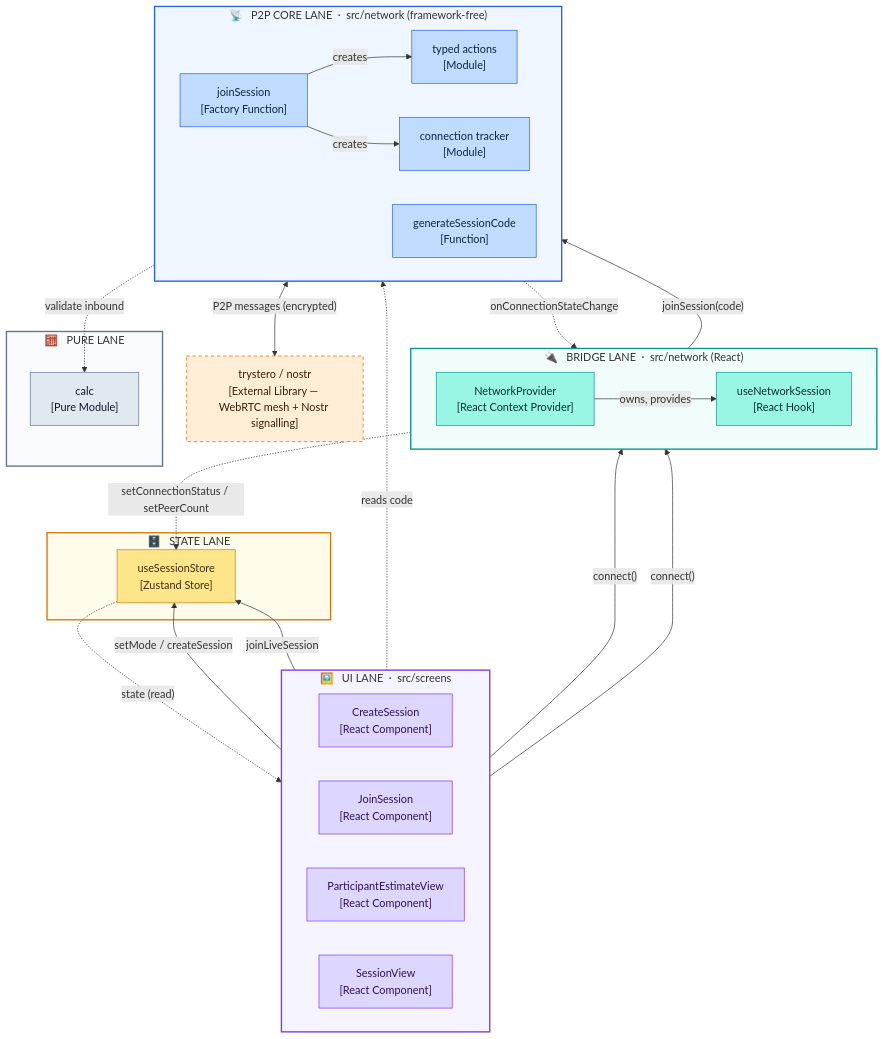
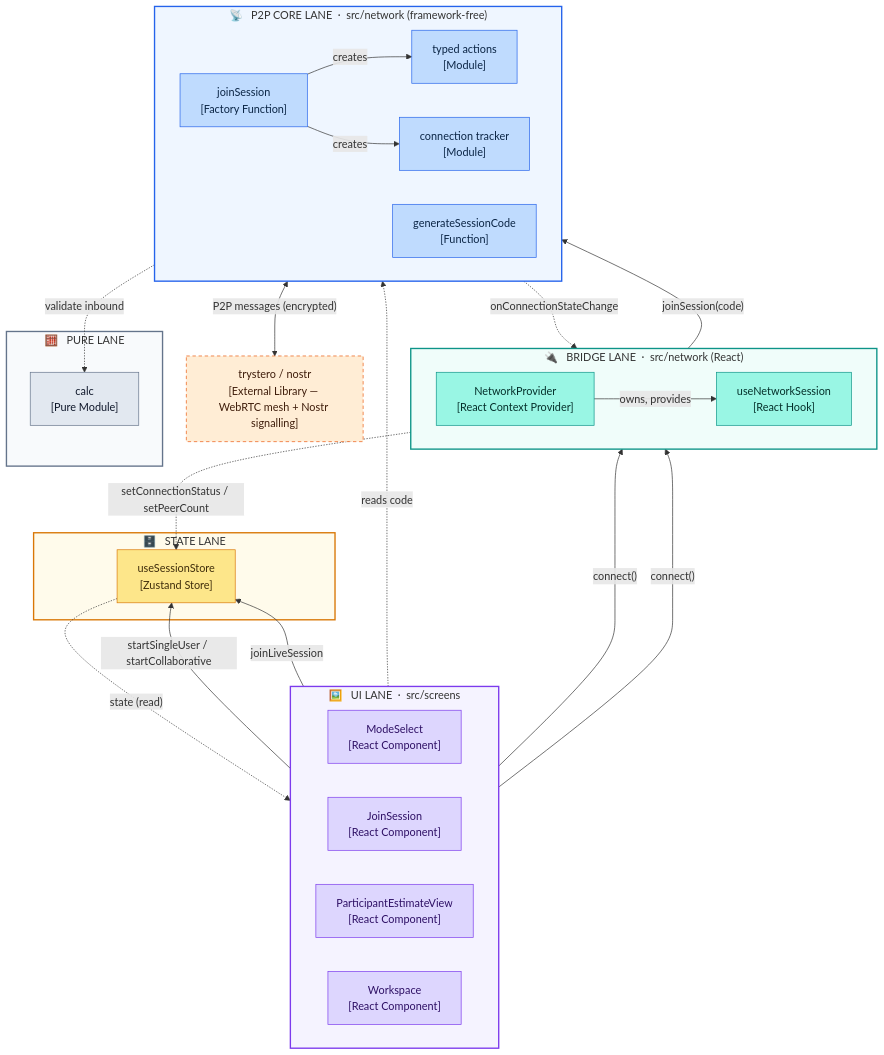
One commit to cfisch3r/estimate changed the first of 4 diagrams in docs/concepts/collaboration-mode.md. Above: the diagram before and after it, drawn with Mermaid. The commit also changed other lines of this file and 40 other files, not shown here.

First line of the commit message:
Screen review: mode-select entry + unified Workspace (#34) (#35)

````diff
--- a/docs/concepts/collaboration-mode.md
+++ b/docs/concepts/collaboration-mode.md
@@ -20,73 +21,73 @@
 ```mermaid
 flowchart TD
   subgraph screens["🖼️ &nbsp; UI LANE &nbsp;·&nbsp; src/screens"]
     direction LR
-    CS["CreateSession<br/>[React Component]"]
+    MS["ModeSelect<br/>[React Component]"]
     JS["JoinSession<br/>[React Component]"]
     PEV["ParticipantEstimateView<br/>[React Component]"]
-    SV["SessionView<br/>[React Component]"]
+    WS["Workspace<br/>[React Component]"]
   end
 
   subgraph statelane["🗄️ &nbsp; STATE LANE"]
     Store["useSessionStore<br/>[Zustand Store]"]
   end
 
   subgraph bridge["🔌 &nbsp; BRIDGE LANE &nbsp;·&nbsp; src/network (React)"]
     direction LR
     NP["NetworkProvider<br/>[React Context Provider]"]
     Hook["useNetworkSession<br/>[React Hook]"]
   end
 
   subgraph core["📡 &nbsp; P2P CORE LANE &nbsp;·&nbsp; src/network (framework-free)"]
     direction LR
     JSN["joinSession<br/>[Factory Function]"]
     Act["typed actions<br/>[Module]"]
     Conn["connection tracker<br/>[Module]"]
     Code["generateSessionCode<br/>[Function]"]
   end
 
   subgraph purelane["🧮 &nbsp; PURE LANE"]
     Calc["calc<br/>[Pure Module]"]
   end
 
   Trystero["trystero / nostr<br/>[External Library — WebRTC mesh + Nostr signalling]"]
 
   %% --- synchronous calls (solid) ---
-  CS -->|"setMode / createSession"| Store
+  MS -->|"startSingleUser / startCollaborative"| Store
   JS -->|"joinLiveSession"| Store
-  CS -->|"connect()"| Hook
+  MS -->|"connect()"| Hook
   JS -->|"connect()"| Hook
-  CS -.->|"reads code"| Code
+  MS -.->|"reads code"| Code
   NP -->|"owns, provides"| Hook
   Hook -->|"joinSession(code)"| JSN
   JSN -->|"creates"| Act
   JSN -->|"creates"| Conn
   Act <-->|"P2P messages (encrypted)"| Trystero
   Act -.->|"validate inbound"| Calc
 
   %% --- asynchronous events / reads (dotted) ---
   Conn -.->|"onConnectionStateChange"| Hook
   Hook -.->|"setConnectionStatus / setPeerCount"| Store
   Store -.->|"state (read)"| screens
 
   %% --- lane + node colours ---
   classDef ui     fill:#DDD6FE,stroke:#7C3AED,color:#2E1065
   classDef state  fill:#FDE68A,stroke:#D97706,color:#3F2D0B
   classDef br     fill:#99F6E4,stroke:#0D9488,color:#042F2A
   classDef pcore  fill:#BFDBFE,stroke:#2563EB,color:#0B2545
   classDef pure   fill:#E2E8F0,stroke:#64748B,color:#0F172A
   classDef ext    fill:#FFEDD5,stroke:#EA580C,color:#3F1D0B,stroke-dasharray:5 4
 
-  class CS,JS,PEV,SV ui
+  class MS,JS,PEV,WS ui
   class Store state
   class NP,Hook br
   class JSN,Act,Conn,Code pcore
   class Calc pure
   class Trystero ext
 
   style screens   fill:#F5F3FF,stroke:#7C3AED,stroke-width:2px
   style statelane fill:#FFFBEB,stroke:#D97706,stroke-width:2px
   style bridge    fill:#F0FDFA,stroke:#0D9488,stroke-width:2px
   style core      fill:#EFF6FF,stroke:#2563EB,stroke-width:2px
   style purelane  fill:#F8FAFC,stroke:#64748B,stroke-width:2px
 ```
````
